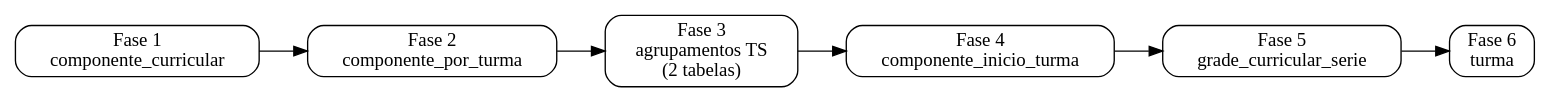
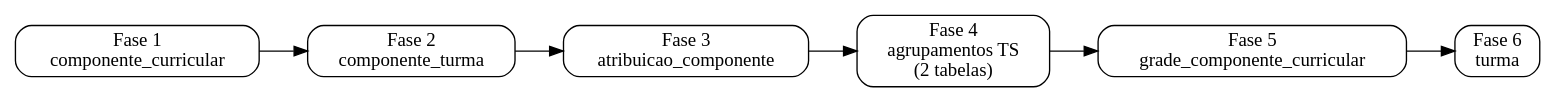
The diagram in docs/dominios/pedagogico/ordem_carga.md (prefeiturasp/SME-IntegracaoEOL-MS-ETL), drawn with Graphviz before and after one commit. The commit also changed other lines of this file and 22 other files, not shown here.

````diff
--- a/docs/dominios/pedagogico/ordem_carga.md
+++ b/docs/dominios/pedagogico/ordem_carga.md
@@ -29,15 +29,15 @@
 ```{graphviz}
 digraph G {
     rankdir=LR;
     node [shape=box, style="rounded"];
 
     F1 [label="Fase 1\ncomponente_curricular"];
-    F2 [label="Fase 2\ncomponente_por_turma"];
-    F3 [label="Fase 3\nagrupamentos TS\n(2 tabelas)"];
-    F4 [label="Fase 4\ncomponente_inicio_turma"];
-    F5 [label="Fase 5\ngrade_curricular_serie"];
+    F2 [label="Fase 2\ncomponente_turma"];
+    F3 [label="Fase 3\natribuicao_componente"];
+    F4 [label="Fase 4\nagrupamentos TS\n(2 tabelas)"];
+    F5 [label="Fase 5\ngrade_componente_curricular"];
     F6 [label="Fase 6\nturma"];
 
     F1 -> F2 -> F3 -> F4 -> F5 -> F6;
 }
 ```
````
